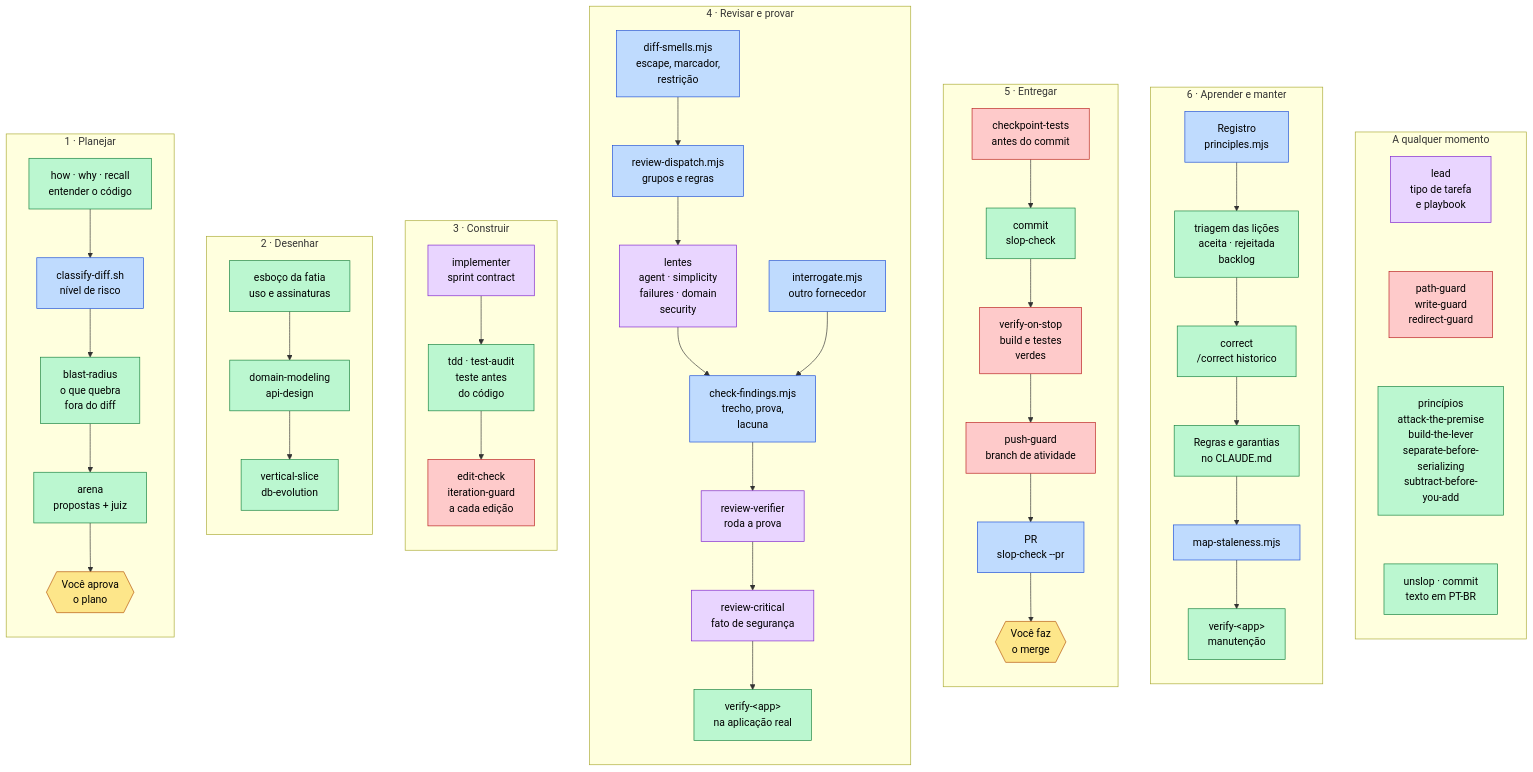
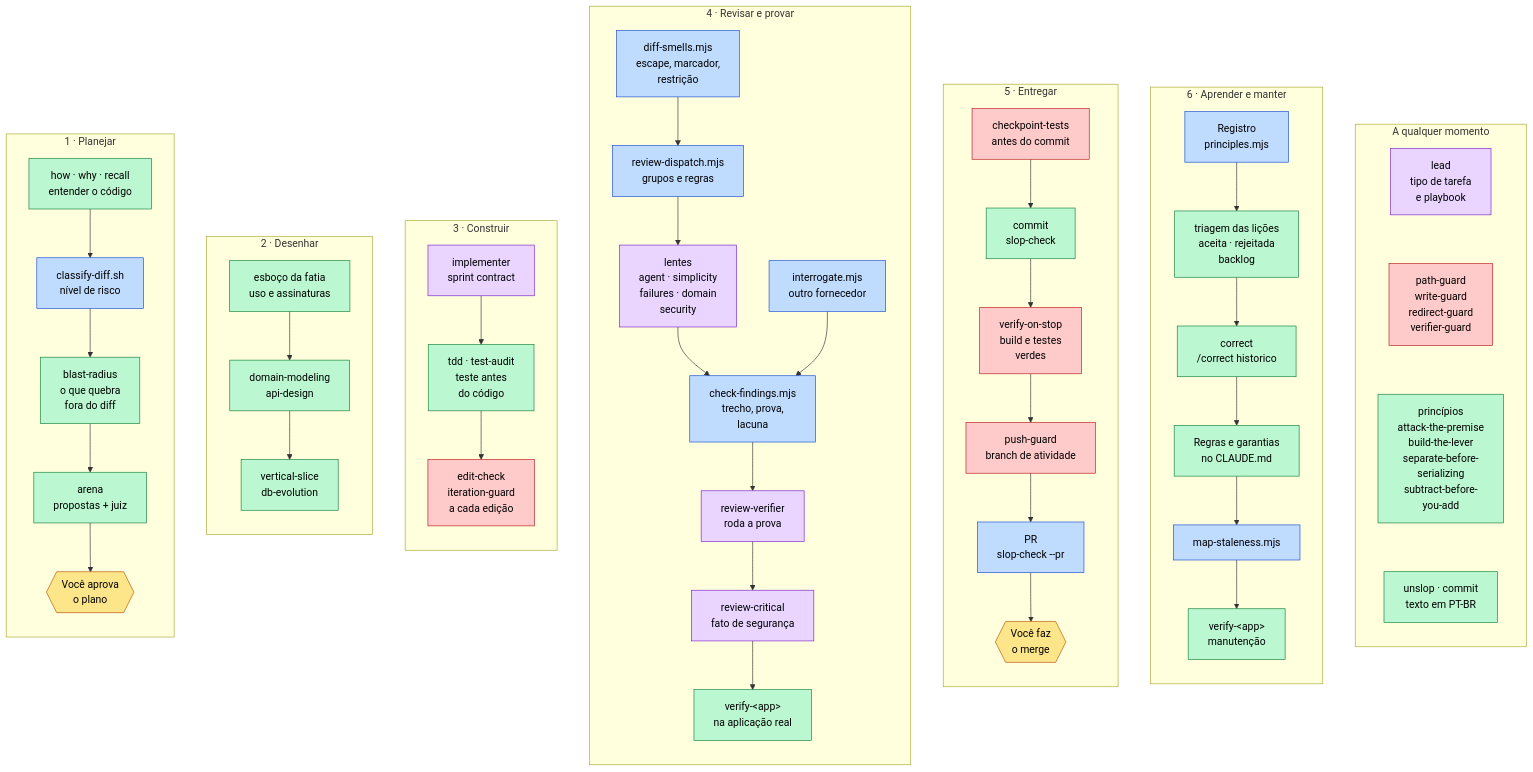
The fourth of 4 diagrams in README.md (wesllenm/wstack), drawn with Mermaid before and after one commit. The commit also changed other lines of this file and 12 other files, not shown here.

````diff
--- a/README.md
+++ b/README.md
@@ -190,44 +190,44 @@
 ```mermaid
 flowchart LR
     subgraph PLAN["1 · Planejar"]
         direction TB
         p1["how · why · recall<br/>entender o código"] --> p2["classify-diff.sh<br/>nível de risco"] --> p3["blast-radius<br/>o que quebra<br/>fora do diff"] --> p4["arena<br/>propostas + juiz"] --> p5{{"Você aprova<br/>o plano"}}
     end
     subgraph DESIGN["2 · Desenhar"]
         direction TB
         d1["esboço da fatia<br/>uso e assinaturas"] --> d2["domain-modeling<br/>api-design"] --> d3["vertical-slice<br/>db-evolution"]
     end
     subgraph BUILD["3 · Construir"]
         direction TB
         b1["implementer<br/>sprint contract"] --> b2["tdd · test-audit<br/>teste antes<br/>do código"] --> b3["edit-check<br/>iteration-guard<br/>a cada edição"]
     end
     subgraph REVIEW["4 · Revisar e provar"]
         direction TB
         r1["diff-smells.mjs<br/>escape, marcador,<br/>restrição"] --> r2["review-dispatch.mjs<br/>grupos e regras"] --> r3["lentes<br/>agent · simplicity<br/>failures · domain<br/>security"] --> r4["check-findings.mjs<br/>trecho, prova,<br/>lacuna"] --> r5["review-verifier<br/>roda a prova"] --> r6["review-critical<br/>fato de segurança"] --> r8["verify-#lt;app#gt;<br/>na aplicação real"]
         r7["interrogate.mjs<br/>outro fornecedor"] --> r4
     end
     subgraph SHIP["5 · Entregar"]
         direction TB
         s1["checkpoint-tests<br/>antes do commit"] --> s2["commit<br/>slop-check"] --> s3["verify-on-stop<br/>build e testes<br/>verdes"] --> s4["push-guard<br/>branch de atividade"] --> s5["PR<br/>slop-check --pr"] --> s6{{"Você faz<br/>o merge"}}
     end
     subgraph LEARN["6 · Aprender e manter"]
         direction TB
         l1["Registro<br/>principles.mjs"] --> l2["triagem das lições<br/>aceita · rejeitada<br/>backlog"] --> l3["correct<br/>/correct historico"] --> l4["Regras e garantias<br/>no CLAUDE.md"] --> l5["map-staleness.mjs"] --> l6["verify-#lt;app#gt;<br/>manutenção"]
     end
     subgraph ALWAYS["A qualquer momento"]
         direction TB
-        a1["lead<br/>tipo de tarefa<br/>e playbook"] ~~~ a2["path-guard<br/>write-guard<br/>redirect-guard"] ~~~ a3["princípios<br/>attack-the-premise<br/>build-the-lever<br/>separate-before-<br/>serializing<br/>subtract-before-<br/>you-add"] ~~~ a4["unslop · commit<br/>texto em PT-BR"]
+        a1["lead<br/>tipo de tarefa<br/>e playbook"] ~~~ a2["path-guard<br/>write-guard<br/>redirect-guard<br/>verifier-guard"] ~~~ a3["princípios<br/>attack-the-premise<br/>build-the-lever<br/>separate-before-<br/>serializing<br/>subtract-before-<br/>you-add"] ~~~ a4["unslop · commit<br/>texto em PT-BR"]
     end
     PLAN ~~~ DESIGN ~~~ BUILD ~~~ REVIEW ~~~ SHIP ~~~ LEARN ~~~ ALWAYS
 
     classDef voce fill:#fde68a,stroke:#b45309,color:#000
     classDef trava fill:#fecaca,stroke:#b91c1c,color:#000
     classDef script fill:#bfdbfe,stroke:#1d4ed8,color:#000
     classDef skill fill:#bbf7d0,stroke:#15803d,color:#000
     classDef agente fill:#e9d5ff,stroke:#7e22ce,color:#000
     class p5,s6 voce
     class b3,s1,s3,s4,a2 trava
     class p2,r1,r2,r4,r7,s5,l1,l5 script
     class p1,p3,p4,d1,d2,d3,b2,r8,s2,l2,l3,l4,l6,a3,a4 skill
     class b1,r3,r5,r6,a1 agente
 ```
````
